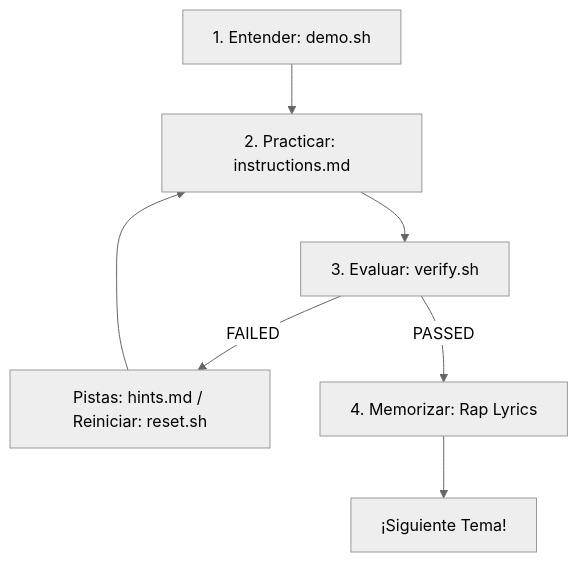
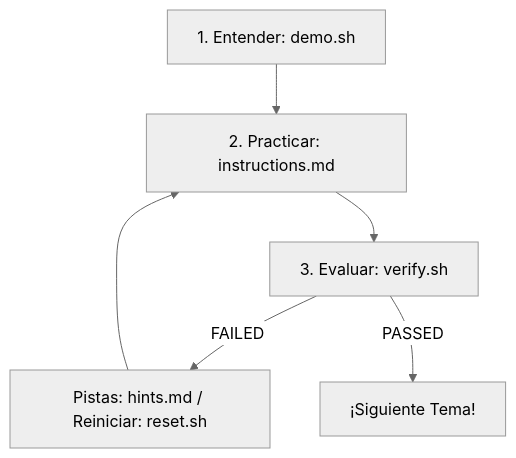
Before and after one commit to hooperits/ex200-flow-labs: the diagram in README.md, drawn with Mermaid (neutral theme). The commit also changed other lines of this file and 40 other files, not shown here.

````diff
--- a/README.md
+++ b/README.md
@@ -60,9 +60,8 @@
 ```mermaid
 graph TD
     A[1. Entender: demo.sh] --> B[2. Practicar: instructions.md]
     B --> C[3. Evaluar: verify.sh]
     C -- FAILED --> D[Pistas: hints.md / Reiniciar: reset.sh]
     D --> B
-    C -- PASSED --> E[4. Memorizar: Rap Lyrics]
-    E --> F[¡Siguiente Tema!]
+    C -- PASSED --> E[¡Siguiente Tema!]
 ```
````
